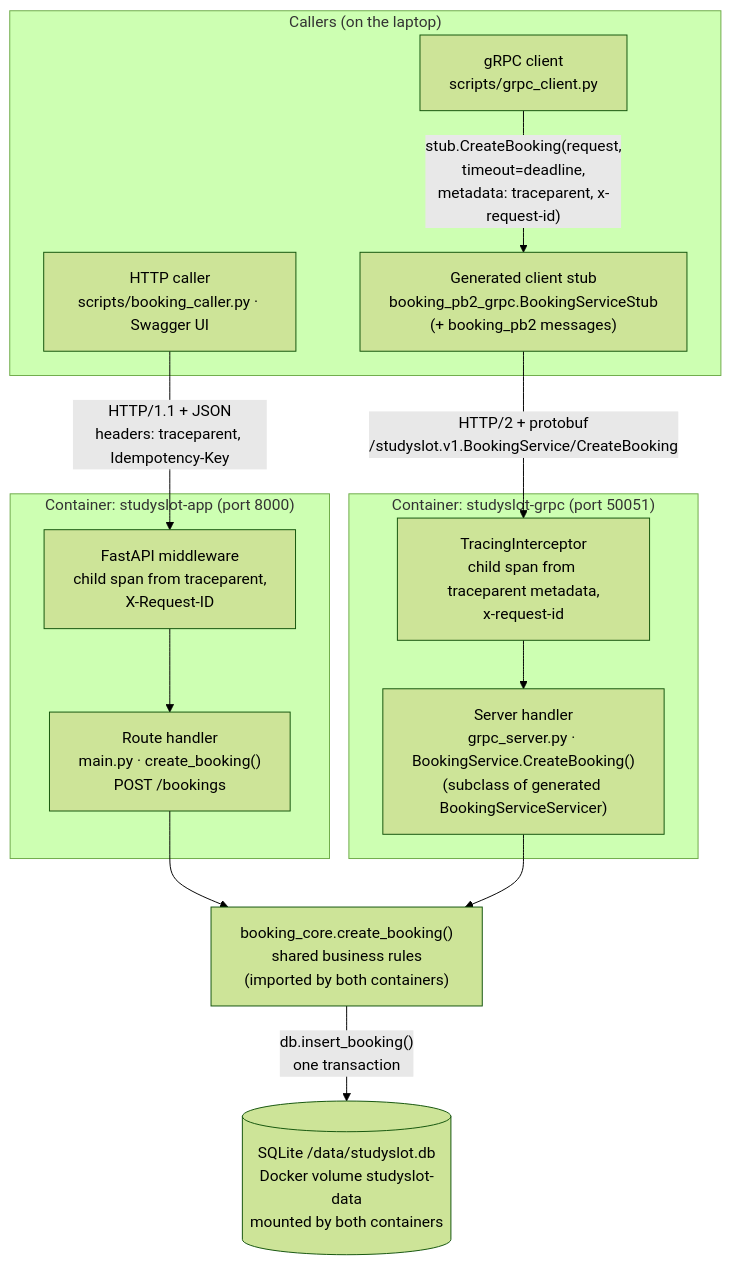
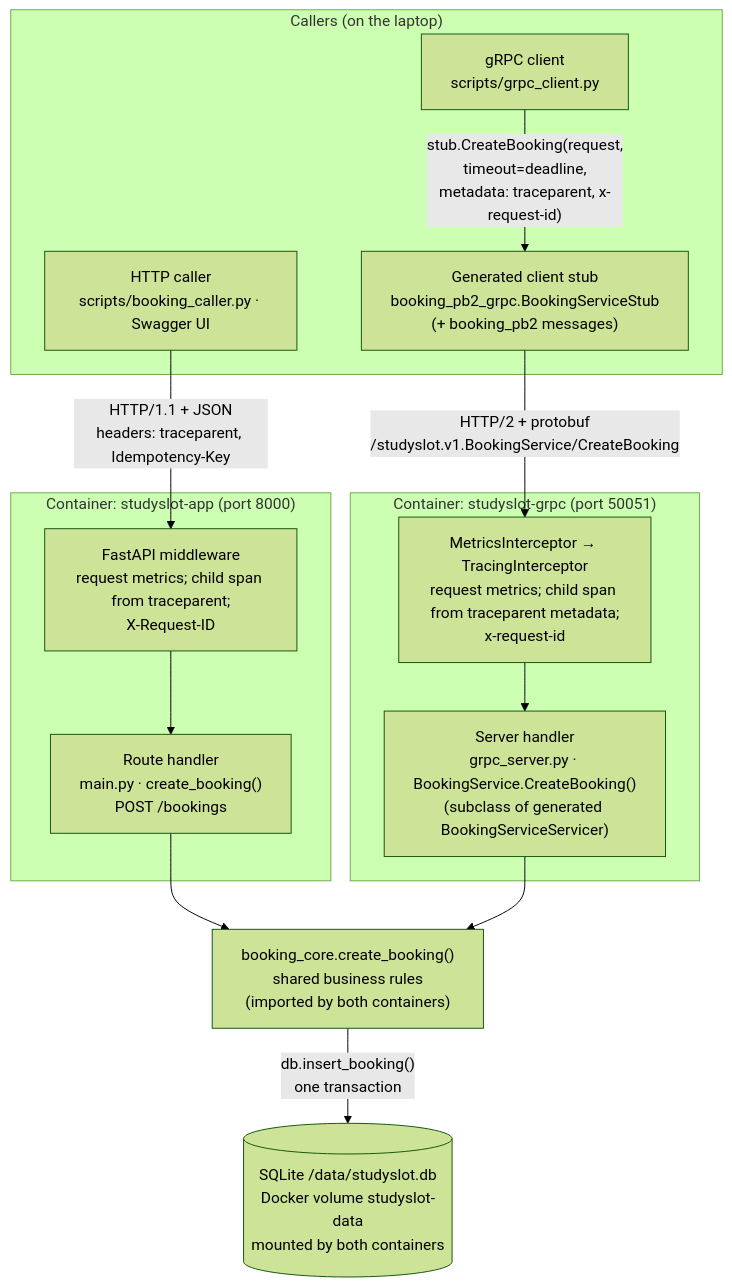
The diagram in docs/a2/call-paths.md (widadfatimakhan/ESD_Assignment2), drawn with Mermaid (forest theme) before and after one commit. The commit also changed other lines of this file and 3 other files, not shown here.

Commit message:
Final report (Parts B and C, dashboard evidence), README, diagram, traffic-script fix

````diff
--- a/docs/a2/call-paths.md
+++ b/docs/a2/call-paths.md
@@ -6,30 +6,30 @@
 ```mermaid
 flowchart TB
     subgraph CLIENTS["Callers (on the laptop)"]
         HC["HTTP caller<br/>scripts/booking_caller.py · Swagger UI"]
         GC["gRPC client<br/>scripts/grpc_client.py"]
         STUB["Generated client stub<br/>booking_pb2_grpc.BookingServiceStub<br/>(+ booking_pb2 messages)"]
         GC -->|"stub.CreateBooking(request,<br/>timeout=deadline,<br/>metadata: traceparent, x-request-id)"| STUB
     end
 
     subgraph HTTPC["Container: studyslot-app (port 8000)"]
-        MW["FastAPI middleware<br/>child span from traceparent,<br/>X-Request-ID"]
+        MW["FastAPI middleware<br/>request metrics; child span from traceparent;<br/>X-Request-ID"]
         ROUTE["Route handler<br/>main.py · create_booking()<br/>POST /bookings"]
         MW --> ROUTE
     end
 
     subgraph GRPCC["Container: studyslot-grpc (port 50051)"]
-        INT["TracingInterceptor<br/>child span from traceparent metadata,<br/>x-request-id"]
+        INT["MetricsInterceptor → TracingInterceptor<br/>request metrics; child span from traceparent metadata;<br/>x-request-id"]
         SVC["Server handler<br/>grpc_server.py · BookingService.CreateBooking()<br/>(subclass of generated BookingServiceServicer)"]
         INT --> SVC
     end
 
     CORE["booking_core.create_booking()<br/>shared business rules<br/>(imported by both containers)"]
     DB[("SQLite /data/studyslot.db<br/>Docker volume studyslot-data<br/>mounted by both containers")]
 
     HC -->|"HTTP/1.1 + JSON<br/>headers: traceparent, Idempotency-Key"| MW
     STUB -->|"HTTP/2 + protobuf<br/>/studyslot.v1.BookingService/CreateBooking"| INT
     ROUTE --> CORE
     SVC --> CORE
     CORE -->|"db.insert_booking()<br/>one transaction"| DB
 ```
````
